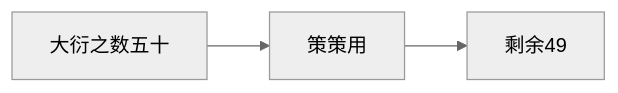
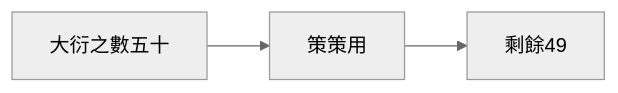
Before and after one commit to kmjade/knowledge-value: the second of 5 diagrams in 3 Resources/04-Interests/易学/03-占卜方法/蓍草占卜法.md, drawn with Mermaid (neutral theme). The commit also changed other lines of this file and 49 other files, not shown here.

````diff
--- a/3 Resources/04-Interests/易学/03-占卜方法/蓍草占卜法.md
+++ b/3 Resources/04-Interests/易学/03-占卜方法/蓍草占卜法.md
@@ -53,5 +53,5 @@
 ```mermaid
 graph LR
-    A[大衍之数五十] --> B[策策用]
-    B --> C[剩余49]
+    A[大衍之數五十] --> B[策策用]
+    B --> C[剩餘49]
 ```
````
